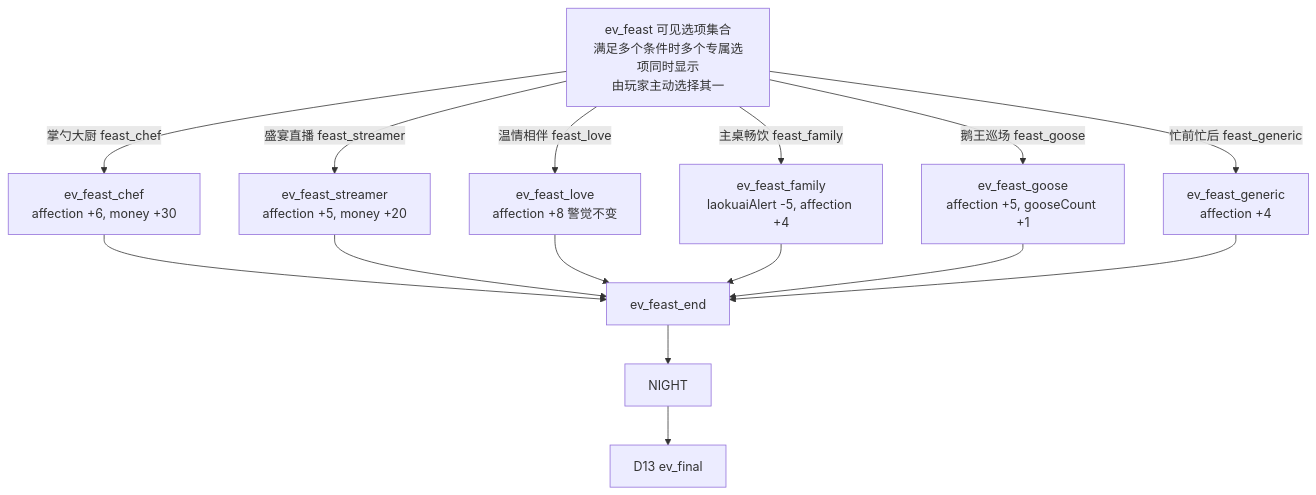
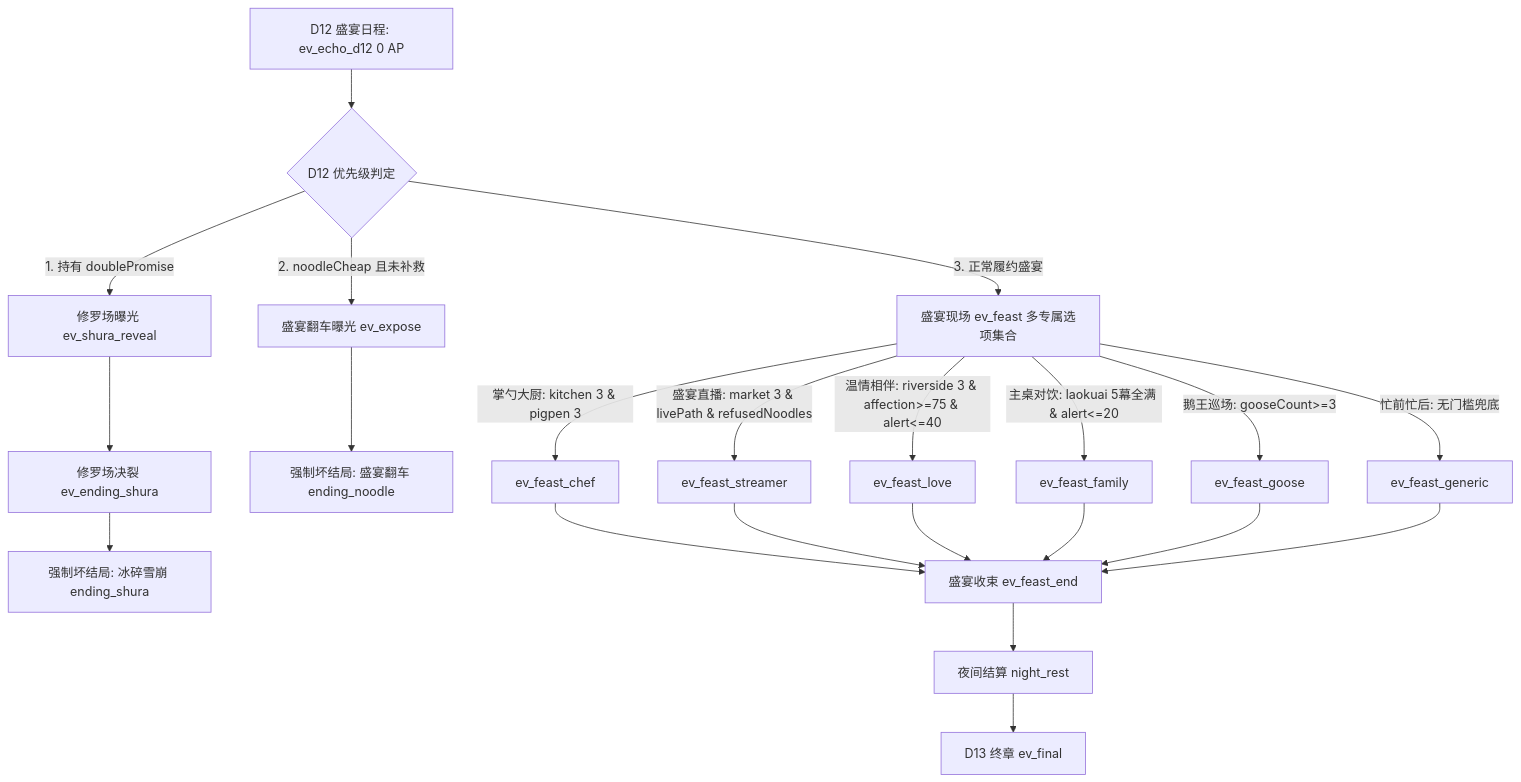
One commit to IwannaYuJie/web changed the second of 3 diagrams in docs/雨姐游戏流程图.md. Above: the diagram before and after it, drawn with Mermaid. The commit also changed other lines of this file and 38 other files, not shown here.

Commit message:
feat(yujie): 丰富 v2.4 分支并补齐独立配图

````diff
--- a/docs/雨姐游戏流程图.md
+++ b/docs/雨姐游戏流程图.md
@@ -30,20 +81,28 @@
 ```mermaid
 flowchart TD
-    ev_feast[ev_feast 可见选项集合<br/>满足多个条件时多个专属选项同时显示<br/>由玩家主动选择其一]
+    D12_Start[D12 盛宴日程: ev_echo_d12 0 AP] --> D12_Priority{D12 优先级判定}
 
-    ev_feast -->|掌勺大厨 feast_chef| ev_feast_chef[ev_feast_chef<br/>affection +6, money +30]
-    ev_feast -->|盛宴直播 feast_streamer| ev_feast_streamer[ev_feast_streamer<br/>affection +5, money +20]
-    ev_feast -->|温情相伴 feast_love| ev_feast_love[ev_feast_love<br/>affection +8 警觉不变]
-    ev_feast -->|主桌畅饮 feast_family| ev_feast_family[ev_feast_family<br/>laokuaiAlert -5, affection +4]
-    ev_feast -->|鹅王巡场 feast_goose| ev_feast_goose[ev_feast_goose<br/>affection +5, gooseCount +1]
-    ev_feast -->|忙前忙后 feast_generic| ev_feast_generic[ev_feast_generic<br/>affection +4]
+    D12_Priority -->|1. 持有 doublePromise| ev_shura_reveal[修罗场曝光 ev_shura_reveal]
+    ev_shura_reveal --> ev_ending_shura[修罗场决裂 ev_ending_shura]
+    ev_ending_shura --> ending_shura[强制坏结局: 冰碎雪崩 ending_shura]
 
-    ev_feast_chef --> ev_feast_end[ev_feast_end]
+    D12_Priority -->|2. noodleCheap 且未补救| ev_expose[盛宴翻车曝光 ev_expose] --> ending_noodle[强制坏结局: 盛宴翻车 ending_noodle]
+
+    D12_Priority -->|3. 正常履约盛宴| ev_feast[盛宴现场 ev_feast 多专属选项集合]
+
+    ev_feast -->|掌勺大厨: kitchen 3 & pigpen 3| ev_feast_chef[ev_feast_chef]
+    ev_feast -->|盛宴直播: market 3 & livePath & refusedNoodles| ev_feast_streamer[ev_feast_streamer]
+    ev_feast -->|温情相伴: riverside 3 & affection>=75 & alert<=40| ev_feast_love[ev_feast_love]
+    ev_feast -->|主桌对饮: laokuai 5幕全满 & alert<=20| ev_feast_family[ev_feast_family]
+    ev_feast -->|鹅王巡场: gooseCount>=3| ev_feast_goose[ev_feast_goose]
+    ev_feast -->|忙前忙后: 无门槛兜底| ev_feast_generic[ev_feast_generic]
+
+    ev_feast_chef --> ev_feast_end[盛宴收束 ev_feast_end]
     ev_feast_streamer --> ev_feast_end
     ev_feast_love --> ev_feast_end
     ev_feast_family --> ev_feast_end
     ev_feast_goose --> ev_feast_end
     ev_feast_generic --> ev_feast_end
 
-    ev_feast_end --> NIGHT[NIGHT] --> ev_final[D13 ev_final]
+    ev_feast_end --> NIGHT[夜间结算 night_rest] --> D13_Final[D13 终章 ev_final]
 ```
````
